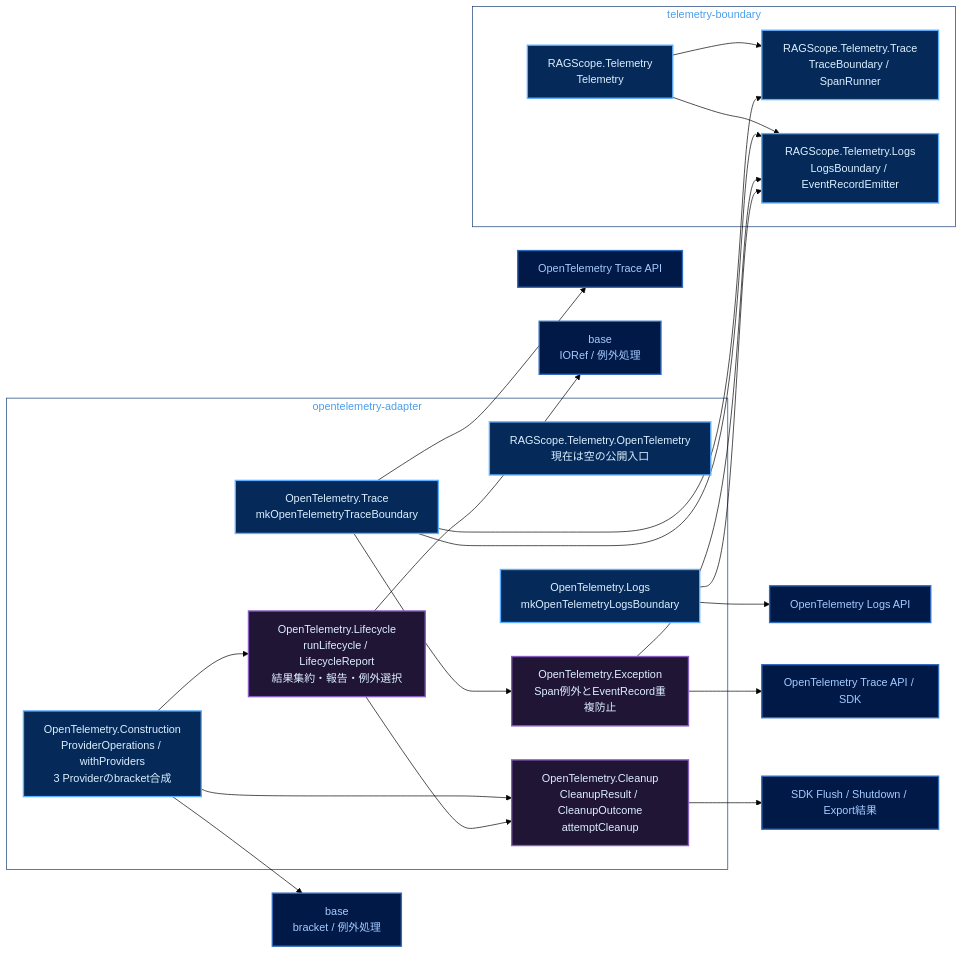
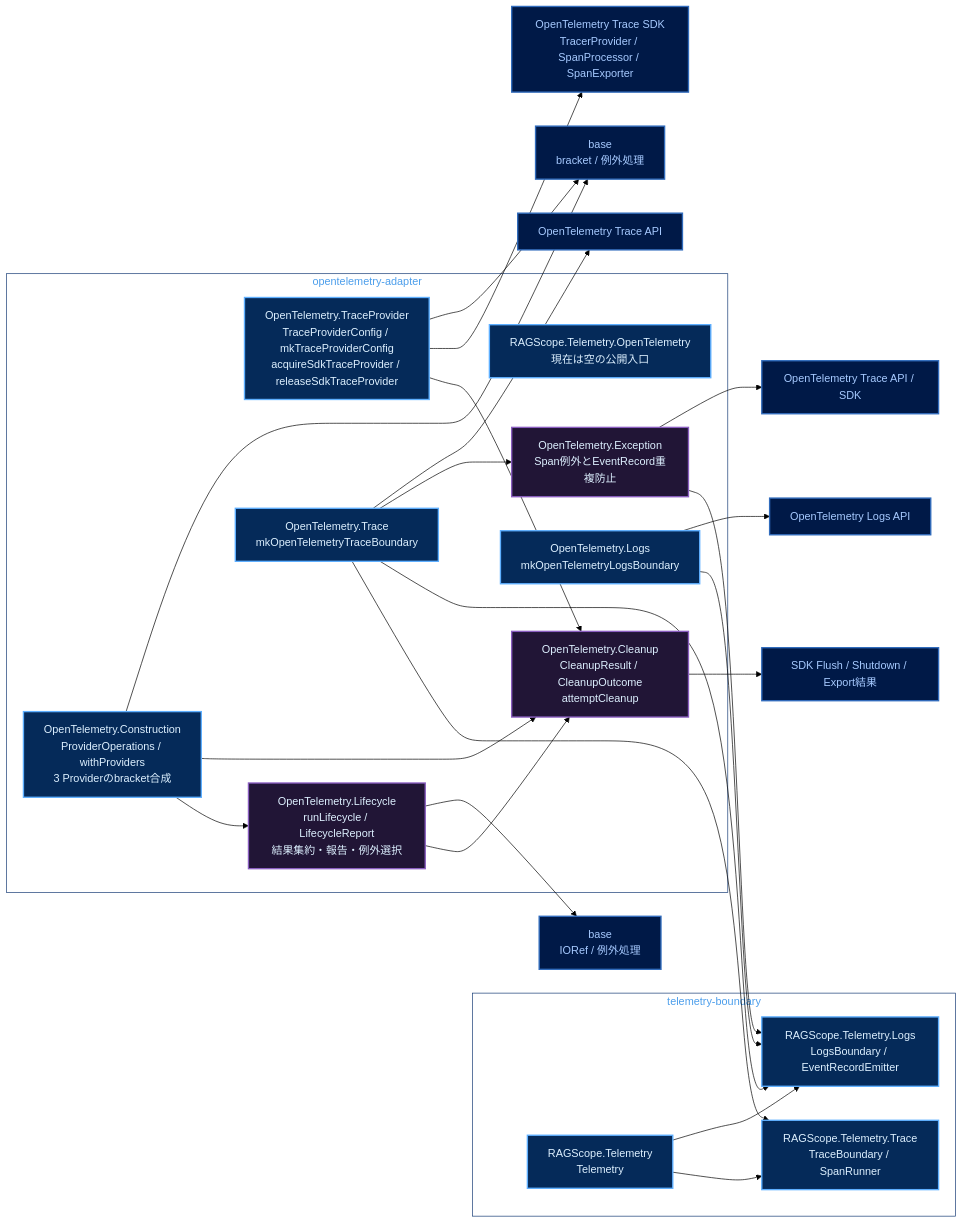
One commit to takashit16833/Workbench changed the second of 4 diagrams in Notes/RAGScope/RAGScopeアプリケーション/RAGScopeアプリケーション Haskellライブラリ・モジュールマップ.md. Above: the diagram before and after it, drawn with Mermaid (forest theme). The commit also changed other lines of this file, not shown here.

Commit message:
docs: add TraceProvider to RAGScope module architecture diagram

````diff
--- a/Notes/RAGScope/RAGScopeアプリケーション/RAGScopeアプリケーション Haskellライブラリ・モジュールマップ.md
+++ b/Notes/RAGScope/RAGScopeアプリケーション/RAGScopeアプリケーション Haskellライブラリ・モジュールマップ.md
@@ -52,46 +50,50 @@
 ```mermaid
 flowchart LR
   subgraph boundary["telemetry-boundary"]
     telemetry["RAGScope.Telemetry<br/>Telemetry"]
     traceBoundary["RAGScope.Telemetry.Trace<br/>TraceBoundary / SpanRunner"]
     logsBoundary["RAGScope.Telemetry.Logs<br/>LogsBoundary / EventRecordEmitter"]
   end
 
   subgraph adapter["opentelemetry-adapter"]
     otelRoot["RAGScope.Telemetry.OpenTelemetry<br/>現在は空の公開入口"]
     construction["OpenTelemetry.Construction<br/>ProviderOperations / withProviders<br/>3 Providerのbracket合成"]
+    traceProvider["OpenTelemetry.TraceProvider<br/>TraceProviderConfig / mkTraceProviderConfig<br/>acquireSdkTraceProvider / releaseSdkTraceProvider"]
     lifecycle["OpenTelemetry.Lifecycle<br/>runLifecycle / LifecycleReport<br/>結果集約・報告・例外選択"]
     cleanup["OpenTelemetry.Cleanup<br/>CleanupResult / CleanupOutcome<br/>attemptCleanup"]
     otelTrace["OpenTelemetry.Trace<br/>mkOpenTelemetryTraceBoundary"]
     otelLogs["OpenTelemetry.Logs<br/>mkOpenTelemetryLogsBoundary"]
     otelException["OpenTelemetry.Exception<br/>Span例外とEventRecord重複防止"]
   end
 
   telemetry --> traceBoundary
   telemetry --> logsBoundary
   construction --> lifecycle
   construction --> cleanup
+  traceProvider --> cleanup
   lifecycle --> cleanup
   otelTrace --> traceBoundary
   otelTrace --> logsBoundary
   otelTrace --> otelException
   otelException --> logsBoundary
   otelLogs --> logsBoundary
 
   otelTrace --> sdkTrace["OpenTelemetry Trace API"]
+  traceProvider --> sdkTraceProvider["OpenTelemetry Trace SDK<br/>TracerProvider / SpanProcessor / SpanExporter"]
   otelLogs --> sdkLogs["OpenTelemetry Logs API"]
   otelException --> sdkException["OpenTelemetry Trace API / SDK"]
   cleanup --> sdkResult["SDK Flush / Shutdown / Export結果"]
   lifecycle --> baseException["base<br/>IORef / 例外処理"]
   construction --> baseBracket["base<br/>bracket / 例外処理"]
+  traceProvider --> baseBracket
 
   classDef public fill:#052A59,stroke:#5EAFFF,color:#DDF0FF,stroke-width:2px
   classDef private fill:#211536,stroke:#8A5EC0,color:#DDF0FF,stroke-width:2px
   classDef external fill:#001947,stroke:#316CBD,color:#A6CAFF,stroke-width:2px
 
-  class telemetry,traceBoundary,logsBoundary,otelRoot,construction,otelTrace,otelLogs public
+  class telemetry,traceBoundary,logsBoundary,otelRoot,construction,traceProvider,otelTrace,otelLogs public
   class lifecycle,cleanup,otelException private
-  class sdkTrace,sdkLogs,sdkException,sdkResult,baseException,baseBracket external
+  class sdkTrace,sdkTraceProvider,sdkLogs,sdkException,sdkResult,baseException,baseBracket external
   style boundary fill:transparent,stroke:#153A75,color:#4C9EEB
   style adapter fill:transparent,stroke:#153A75,color:#4C9EEB
 ```
````
